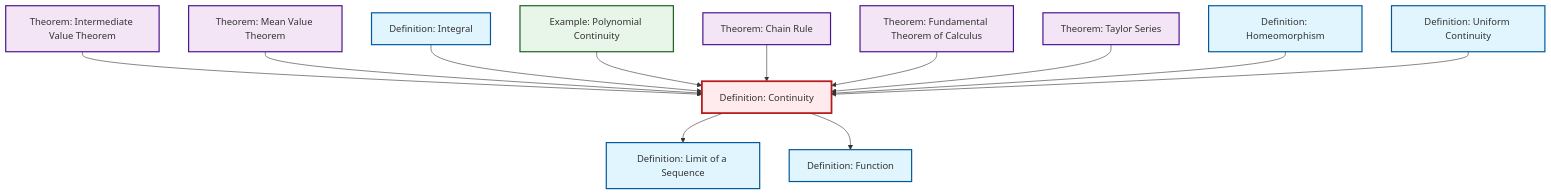
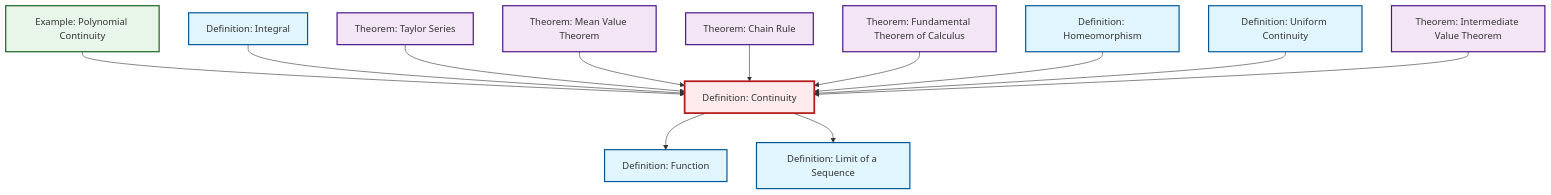
Before and after one commit to RK0429/ModernMath: the diagram in content/ja/analysis/def-continuity.qmd, drawn with Mermaid. The commit also changed other lines of this file and 619 other files, not shown here.

````diff
--- a/content/ja/analysis/def-continuity.qmd
+++ b/content/ja/analysis/def-continuity.qmd
@@ -59,44 +59,44 @@
 ```{mermaid}
 %%| fig-cap: "Local dependency graph"
 graph TD
     classDef definition fill:#e1f5fe,stroke:#01579b,stroke-width:2px
     classDef theorem fill:#f3e5f5,stroke:#4a148c,stroke-width:2px
     classDef axiom fill:#fff3e0,stroke:#e65100,stroke-width:2px
     classDef example fill:#e8f5e9,stroke:#1b5e20,stroke-width:2px
     classDef current fill:#ffebee,stroke:#b71c1c,stroke-width:3px
+    thm-intermediate-value["Theorem: Intermediate Value Theorem"]:::theorem
+    ex-polynomial-continuity["Example: Polynomial Continuity"]:::example
+    thm-chain-rule["Theorem: Chain Rule"]:::theorem
+    thm-taylor-series["Theorem: Taylor Series"]:::theorem
     def-integral["Definition: Integral"]:::definition
-    ex-polynomial-continuity["Example: Polynomial Continuity"]:::example
-    thm-intermediate-value["Theorem: Intermediate Value Theorem"]:::theorem
+    def-uniform-continuity["Definition: Uniform Continuity"]:::definition
+    def-homeomorphism["Definition: Homeomorphism"]:::definition
+    def-limit["Definition: Limit of a Sequence"]:::definition
     thm-mean-value["Theorem: Mean Value Theorem"]:::theorem
-    def-uniform-continuity["Definition: Uniform Continuity"]:::definition
+    def-continuity["Definition: Continuity"]:::definition
     def-function["Definition: Function"]:::definition
-    thm-chain-rule["Theorem: Chain Rule"]:::theorem
-    def-homeomorphism["Definition: Homeomorphism"]:::definition
     thm-fundamental-calculus["Theorem: Fundamental Theorem of Calculus"]:::theorem
-    thm-taylor-series["Theorem: Taylor Series"]:::theorem
-    def-limit["Definition: Limit of a Sequence"]:::definition
-    def-continuity["Definition: Continuity"]:::definition
-    thm-intermediate-value --> def-continuity
-    def-continuity --> def-limit
+    ex-polynomial-continuity --> def-continuity
+    def-integral --> def-continuity
+    thm-taylor-series --> def-continuity
     thm-mean-value --> def-continuity
     def-continuity --> def-function
-    def-integral --> def-continuity
-    ex-polynomial-continuity --> def-continuity
     thm-chain-rule --> def-continuity
     thm-fundamental-calculus --> def-continuity
-    thm-taylor-series --> def-continuity
     def-homeomorphism --> def-continuity
     def-uniform-continuity --> def-continuity
+    def-continuity --> def-limit
+    thm-intermediate-value --> def-continuity
     class def-continuity current
+    click thm-intermediate-value "thm-intermediate-value.html" "Theorem: Intermediate Value Theoremへ"
+    click ex-polynomial-continuity "ex-polynomial-continuity.html" "Example: Polynomial Continuityへ"
+    click thm-chain-rule "thm-chain-rule.html" "Theorem: Chain Ruleへ"
+    click thm-taylor-series "thm-taylor-series.html" "Theorem: Taylor Seriesへ"
     click def-integral "def-integral.html" "Definition: Integralへ"
-    click ex-polynomial-continuity "ex-polynomial-continuity.html" "Example: Polynomial Continuityへ"
-    click thm-intermediate-value "thm-intermediate-value.html" "Theorem: Intermediate Value Theoremへ"
+    click def-uniform-continuity "def-uniform-continuity.html" "Definition: Uniform Continuityへ"
+    click def-homeomorphism "def-homeomorphism.html" "Definition: Homeomorphismへ"
+    click def-limit "def-limit.html" "Definition: Limit of a Sequenceへ"
     click thm-mean-value "thm-mean-value.html" "Theorem: Mean Value Theoremへ"
-    click def-uniform-continuity "def-uniform-continuity.html" "Definition: Uniform Continuityへ"
     click def-function "def-function.html" "Definition: Functionへ"
-    click thm-chain-rule "thm-chain-rule.html" "Theorem: Chain Ruleへ"
-    click def-homeomorphism "def-homeomorphism.html" "Definition: Homeomorphismへ"
     click thm-fundamental-calculus "thm-fundamental-calculus.html" "Theorem: Fundamental Theorem of Calculusへ"
-    click thm-taylor-series "thm-taylor-series.html" "Theorem: Taylor Seriesへ"
-    click def-limit "def-limit.html" "Definition: Limit of a Sequenceへ"
 ```
````
